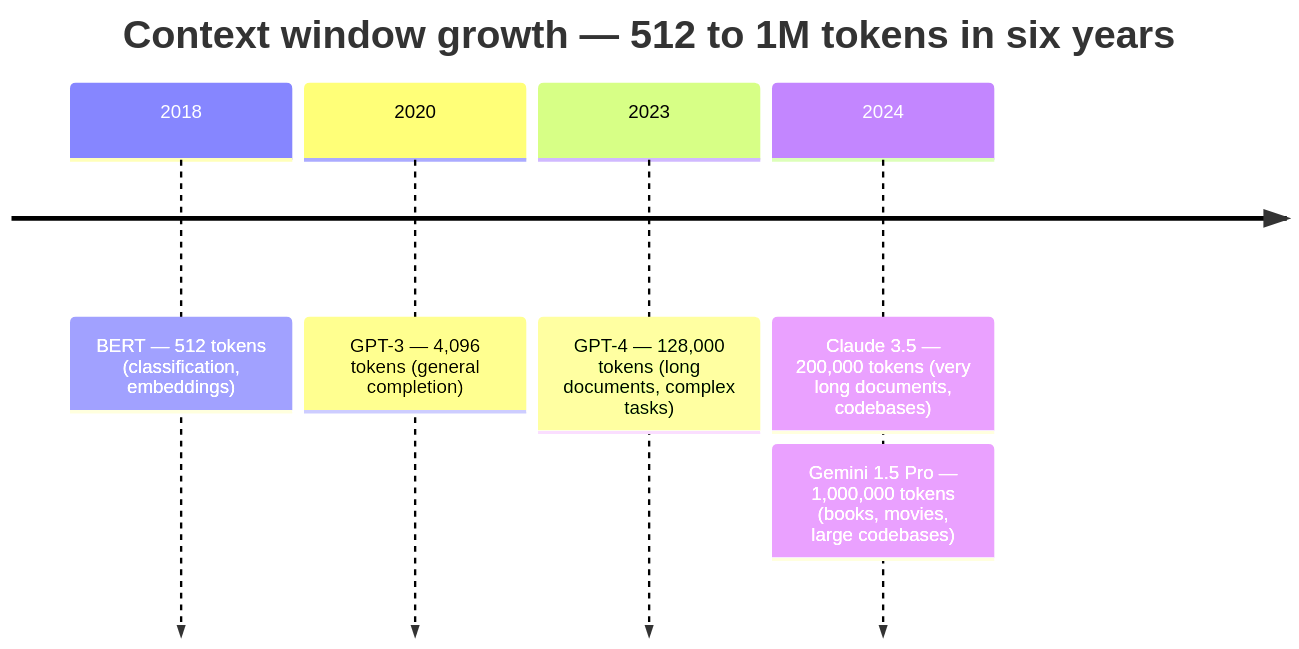
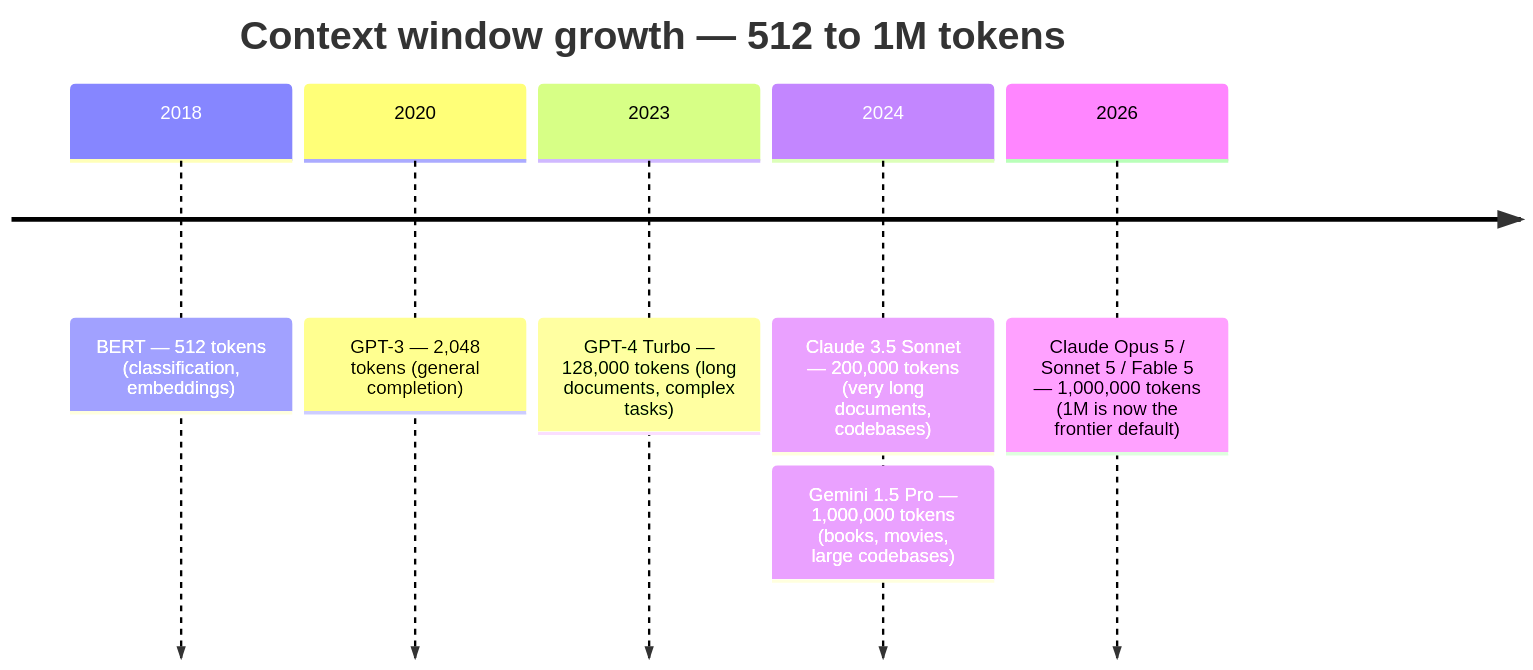
One commit to rppol/system-design changed the first of 3 diagrams in src/main/java/com/rutik/systemdesign/llm/context_windows_and_long_context/README.md. Above: the diagram before and after it, drawn with Mermaid. The commit also changed other lines of this file and 113 other files, not shown here.

````diff
--- a/src/main/java/com/rutik/systemdesign/llm/context_windows_and_long_context/README.md
+++ b/src/main/java/com/rutik/systemdesign/llm/context_windows_and_long_context/README.md
@@ -370,9 +371,10 @@
 ```mermaid
 timeline
-    title Context window growth — 512 to 1M tokens in six years
+    title Context window growth — 512 to 1M tokens
     2018 : BERT — 512 tokens (classification, embeddings)
-    2020 : GPT-3 — 4,096 tokens (general completion)
-    2023 : GPT-4 — 128,000 tokens (long documents, complex tasks)
-    2024 : Claude 3.5 — 200,000 tokens (very long documents, codebases)
+    2020 : GPT-3 — 2,048 tokens (general completion)
+    2023 : GPT-4 Turbo — 128,000 tokens (long documents, complex tasks)
+    2024 : Claude 3.5 Sonnet — 200,000 tokens (very long documents, codebases)
          : Gemini 1.5 Pro — 1,000,000 tokens (books, movies, large codebases)
+    2026 : Claude Opus 5 / Sonnet 5 / Fable 5 — 1,000,000 tokens (1M is now the frontier default)
 ```
````
